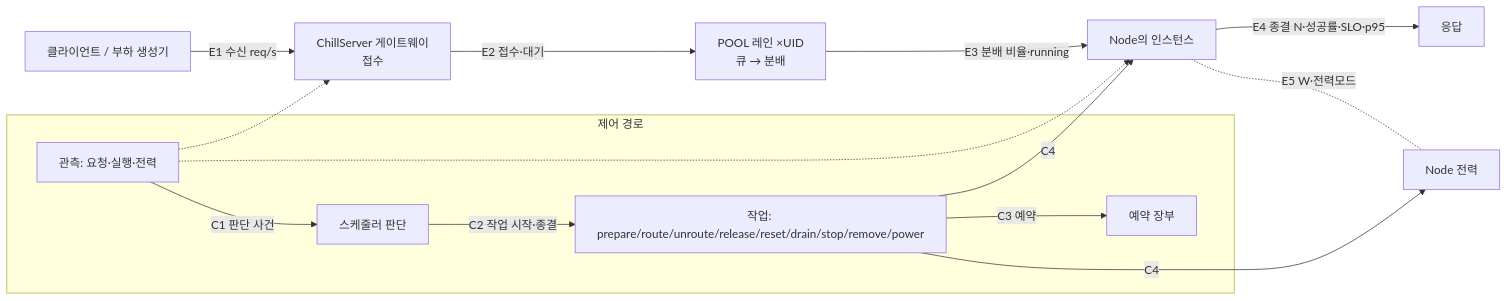
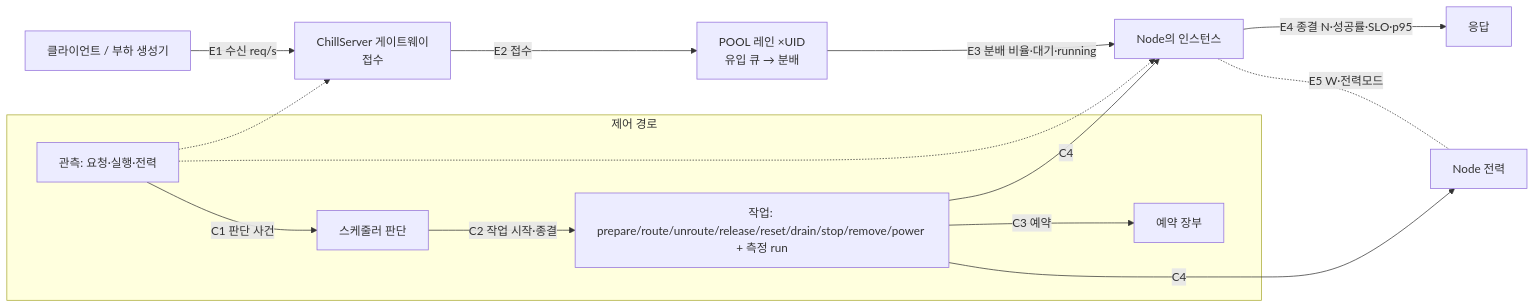
One commit to lab-paper-code/chill changed the diagram in docs/design/dashboard/README.md. Above: the diagram before and after it, drawn with Mermaid. The commit also changed other lines of this file and 3 other files, not shown here.

First line of the commit message:
docs(dashboard): fix flow board design after independent second review

````diff
--- a/docs/design/dashboard/README.md
+++ b/docs/design/dashboard/README.md
@@ -545,17 +549,17 @@
 ```mermaid
 flowchart LR
   C[클라이언트 / 부하 생성기] -- E1 수신 req/s --> G[ChillServer 게이트웨이<br/>접수]
-  G -- E2 접수·대기 --> P[POOL 레인 ×UID<br/>큐 → 분배]
-  P -- E3 분배 비율·running --> I[Node의 인스턴스]
+  G -- E2 접수 --> P[POOL 레인 ×UID<br/>유입 큐 → 분배]
+  P -- E3 분배 비율·대기·running --> I[Node의 인스턴스]
   I -- E4 종결 N·성공률·SLO·p95 --> R[응답]
   I -. E5 W·전력모드 .- N[Node 전력]
   subgraph 제어 경로
     O[관측: 요청·실행·전력] -- C1 판단 사건 --> S[스케줄러 판단]
-    S -- C2 작업 시작·종결 --> A[작업: prepare/route/unroute/release/reset/drain/stop/remove/power]
+    S -- C2 작업 시작·종결 --> A[작업: prepare/route/unroute/release/reset/drain/stop/remove/power + 측정 run]
     A -- C3 예약 --> L[예약 장부]
   end
   O -.-> G
   O -.-> I
   A -- C4 --> I
   A -- C4 --> N
 ```
````
